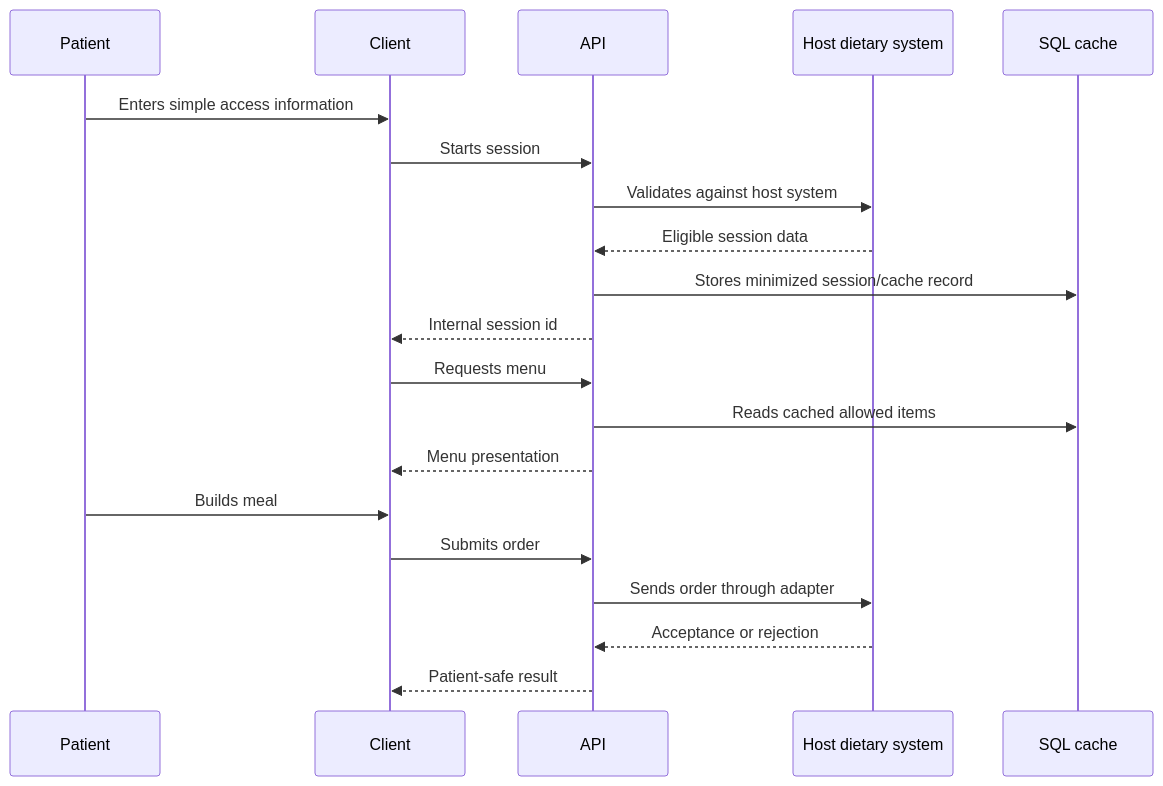
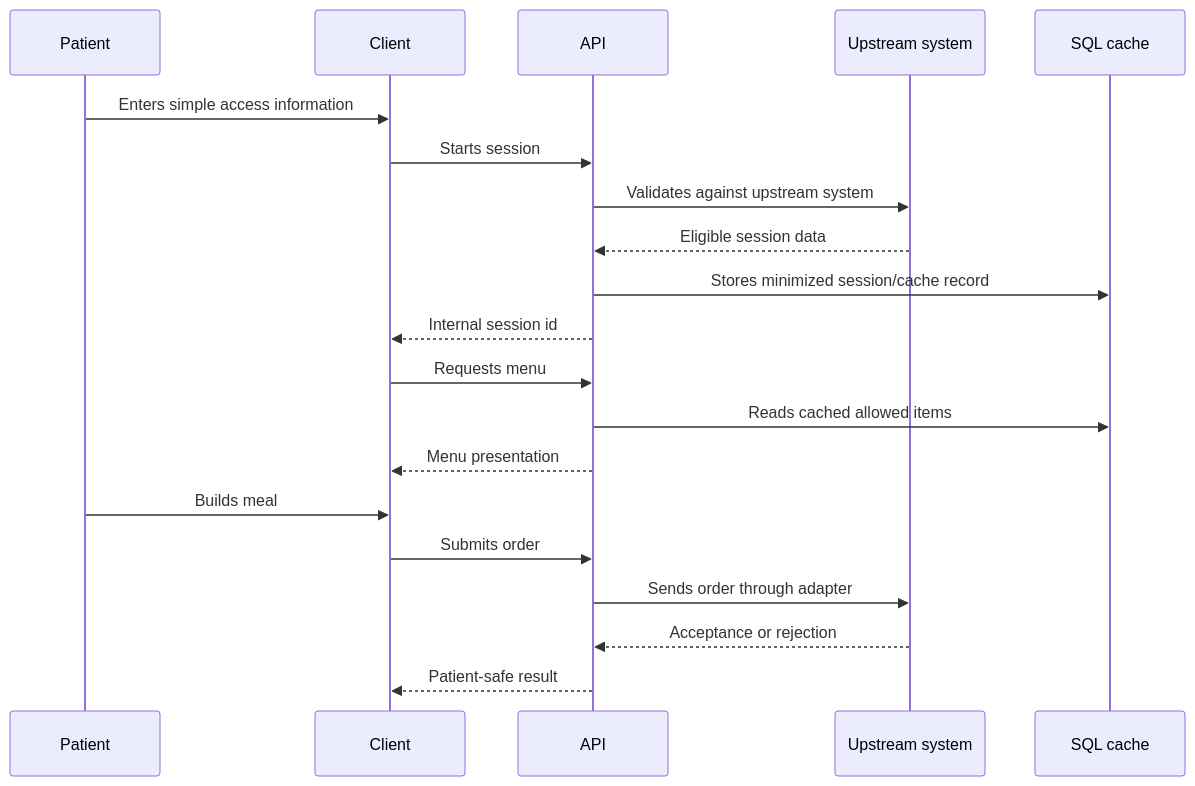
One commit to Wildsdesign/MealMind-Proof changed the second of 2 diagrams in ARCHITECTURE.md. Above: the diagram before and after it, drawn with Mermaid. The commit also changed other lines of this file and 10 other files, not shown here.

````diff
--- a/ARCHITECTURE.md
+++ b/ARCHITECTURE.md
@@ -58,23 +57,23 @@
 ```mermaid
 sequenceDiagram
     participant Patient
     participant Client
     participant API
-    participant Host as Host dietary system
+    participant Host as Upstream system
     participant DB as SQL cache
 
     Patient->>Client: Enters simple access information
     Client->>API: Starts session
-    API->>Host: Validates against host system
+    API->>Host: Validates against upstream system
     Host-->>API: Eligible session data
     API->>DB: Stores minimized session/cache record
     API-->>Client: Internal session id
     Client->>API: Requests menu
     API->>DB: Reads cached allowed items
     API-->>Client: Menu presentation
     Patient->>Client: Builds meal
     Client->>API: Submits order
     API->>Host: Sends order through adapter
     Host-->>API: Acceptance or rejection
     API-->>Client: Patient-safe result
 ```
````
